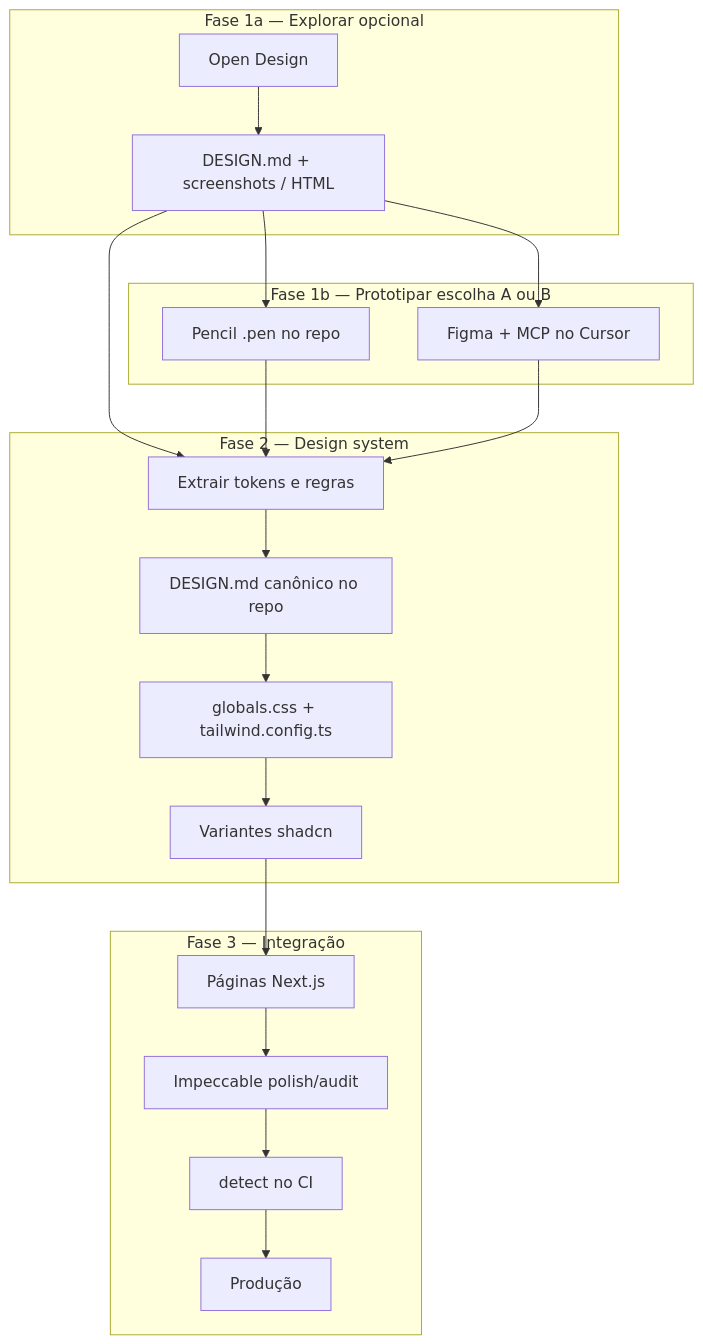
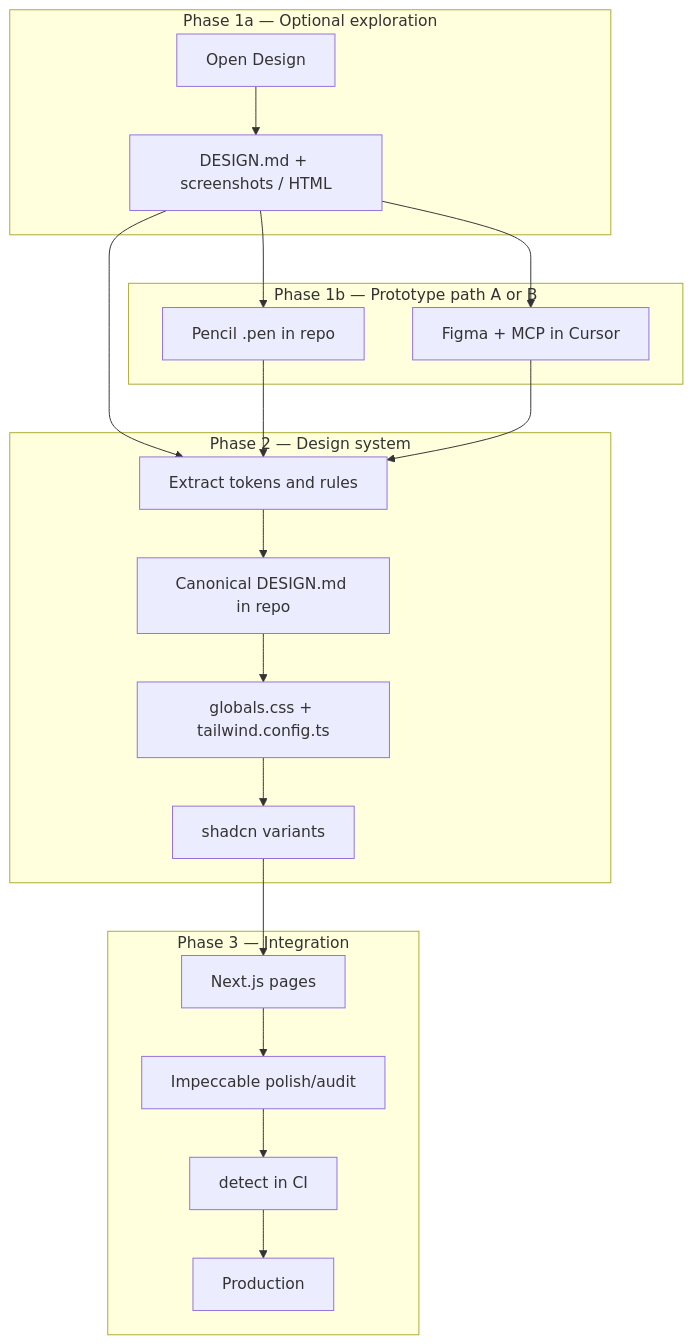
The diagram in doc/design/001-pipeline-open-design-shadcn-impeccable.md (pvilarim/byebyevibe), drawn with Mermaid before and after one commit. The commit also changed other lines of this file and 1 other file, not shown here.

First line of the commit message:
docs(sdd): apply translate-design-wave-3 — pipeline doc §1–§3.4 PT→EN

````diff
--- a/doc/design/001-pipeline-open-design-shadcn-impeccable.md
+++ b/doc/design/001-pipeline-open-design-shadcn-impeccable.md
@@ -45,33 +45,33 @@
 ```mermaid
 flowchart TB
-  subgraph fase1a [Fase 1a — Explorar opcional]
+  subgraph fase1a [Phase 1a — Optional exploration]
     OD[Open Design]
     OD --> ODout[DESIGN.md + screenshots / HTML]
   end
 
-  subgraph fase1b [Fase 1b — Prototipar escolha A ou B]
-    PC[Pencil .pen no repo]
-    FG[Figma + MCP no Cursor]
+  subgraph fase1b [Phase 1b — Prototype path A or B]
+    PC[Pencil .pen in repo]
+    FG[Figma + MCP in Cursor]
   end
 
   ODout --> PC
   ODout --> FG
   ODout --> F2
 
   PC --> F2
   FG --> F2
 
-  subgraph fase2 [Fase 2 — Design system]
-    F2[Extrair tokens e regras]
-    F2 --> G[DESIGN.md canônico no repo]
+  subgraph fase2 [Phase 2 — Design system]
+    F2[Extract tokens and rules]
+    F2 --> G[Canonical DESIGN.md in repo]
     G --> H[globals.css + tailwind.config.ts]
-    H --> I[Variantes shadcn]
+    H --> I[shadcn variants]
   end
 
-  subgraph fase3 [Fase 3 — Integração]
-    I --> J[Páginas Next.js]
+  subgraph fase3 [Phase 3 — Integration]
+    I --> J[Next.js pages]
     J --> K[Impeccable polish/audit]
-    K --> L[detect no CI]
-    L --> M[Produção]
+    K --> L[detect in CI]
+    L --> M[Production]
   end
 ```
````
